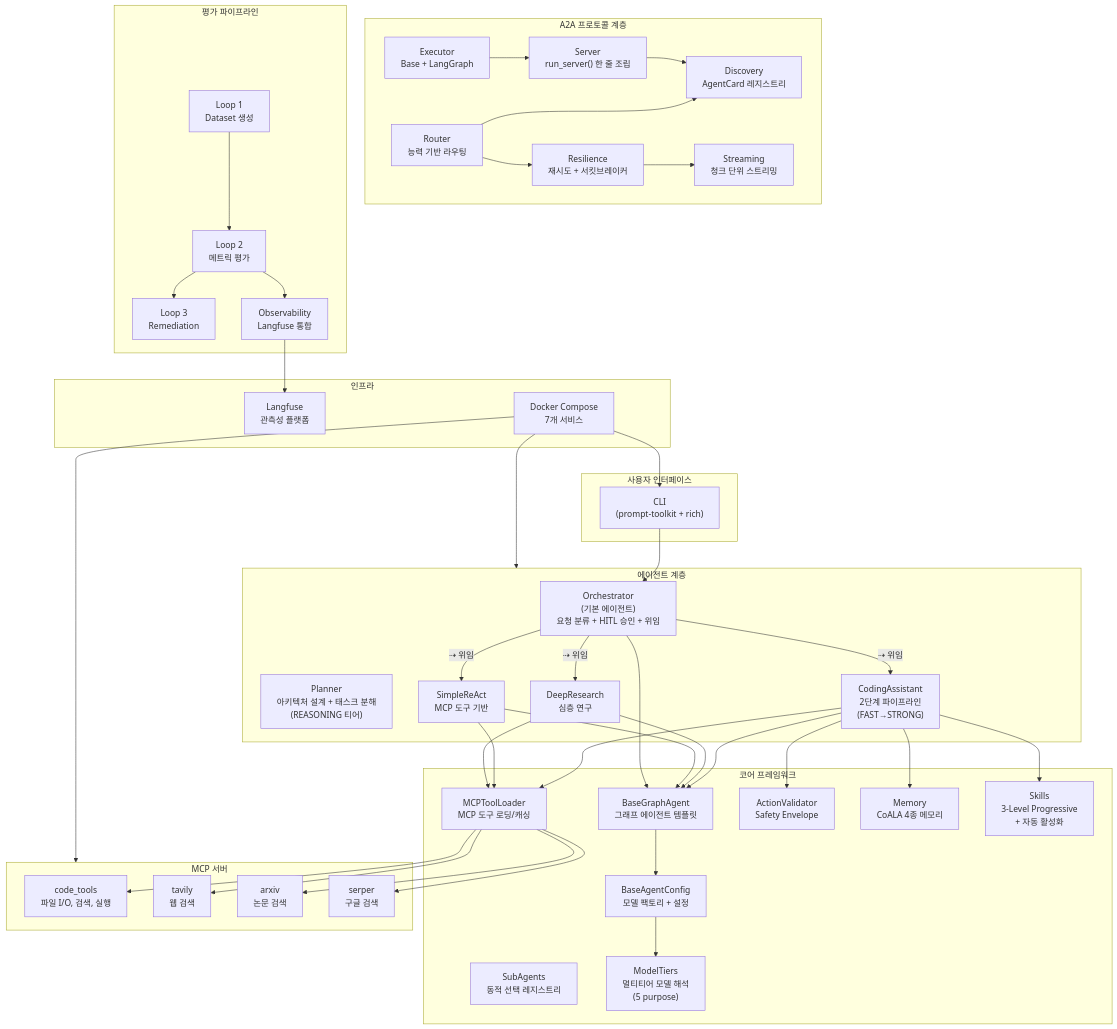
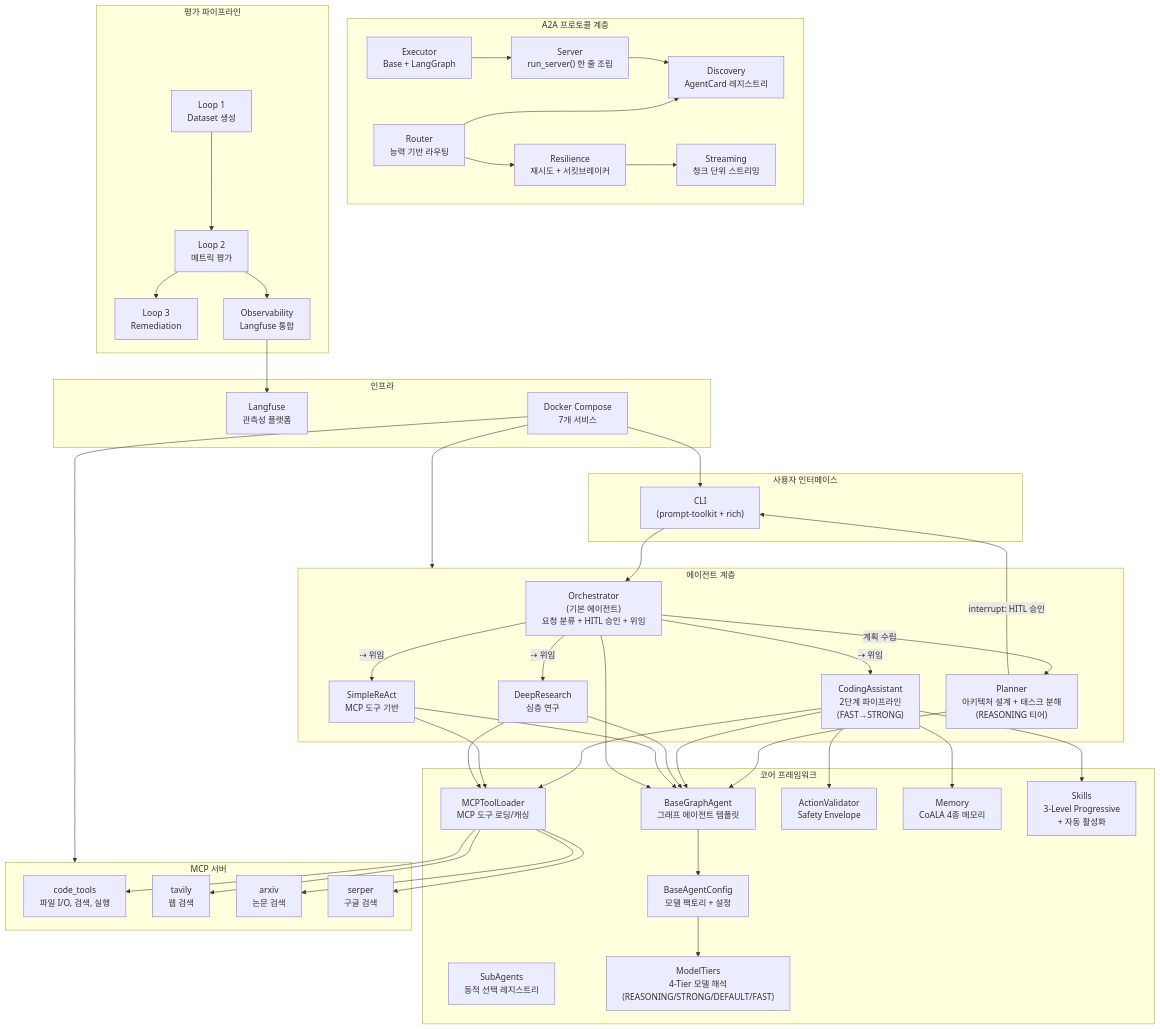
Before and after one commit to youngs75/youngs75_coding_ai_agent: the first of 16 diagrams in docs/ARCHITECTURE.md, drawn with Mermaid. The commit also changed other lines of this file, not shown here.

First line of the commit message:
docs: 구성도 최신화 — Planner Agent + HITL 흐름 + 4-Tier 모델 반영

```diff
--- a/docs/ARCHITECTURE.md
+++ b/docs/ARCHITECTURE.md
@@ -30,7 +30,7 @@
         MEM["Memory<br/>CoALA 4종 메모리"]
         SKL["Skills<br/>3-Level Progressive<br/>+ 자동 활성화"]
         SUB["SubAgents<br/>동적 선택 레지스트리"]
-        MT["ModelTiers<br/>멀티티어 모델 해석<br/>(5 purpose)"]
+        MT["ModelTiers<br/>4-Tier 모델 해석<br/>(REASONING/STRONG/DEFAULT/FAST)"]
     end
 
     subgraph A2A["A2A 프로토콜 계층"]
@@ -62,10 +62,13 @@
     end
 
     CLI --> ORC
+    ORC -->|"계획 수립"| PL
+    PL -->|"interrupt: HITL 승인"| CLI
     ORC -->|"⇢ 위임"| CA
     ORC -->|"⇢ 위임"| DR
     ORC -->|"⇢ 위임"| SR
 
+    PL --> BGA
     CA --> BGA
     DR --> BGA
     SR --> BGA
```
